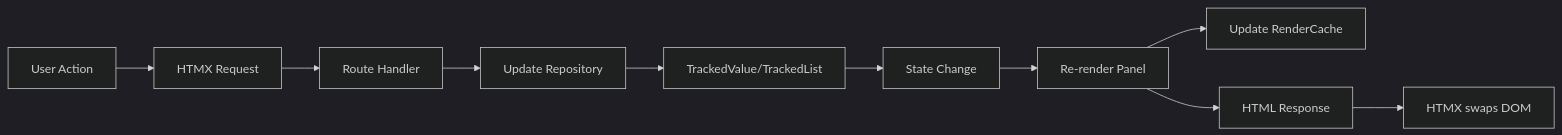
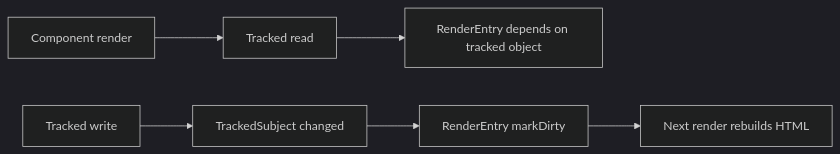
Before and after one commit to gokr/harding: the third of 3 diagrams in lib/web/todo/README.md, drawn with Mermaid (dark theme). The commit also changed other lines of this file and 6 other files, not shown here.

````diff
--- a/lib/web/todo/README.md
+++ b/lib/web/todo/README.md
@@ -118,12 +110,8 @@
 ```mermaid
 flowchart LR
-    User[User Action] --> HTMX[HTMX Request]
-    HTMX --> Handler[Route Handler]
-    Handler --> Repo[Update Repository]
-    Repo --> Track[TrackedValue/TrackedList]
-    Track --> Change[State Change]
-    Change --> Render[Re-render Panel]
-    Render --> Cache[Update RenderCache]
-    Render --> Response[HTML Response]
-    Response --> HTMXSwap[HTMX swaps DOM]
+    A[Component render] --> B[Tracked read]
+    B --> C[RenderEntry depends on tracked object]
+    D[Tracked write] --> E[TrackedSubject changed]
+    E --> F[RenderEntry markDirty]
+    F --> G[Next render rebuilds HTML]
 ```
````
